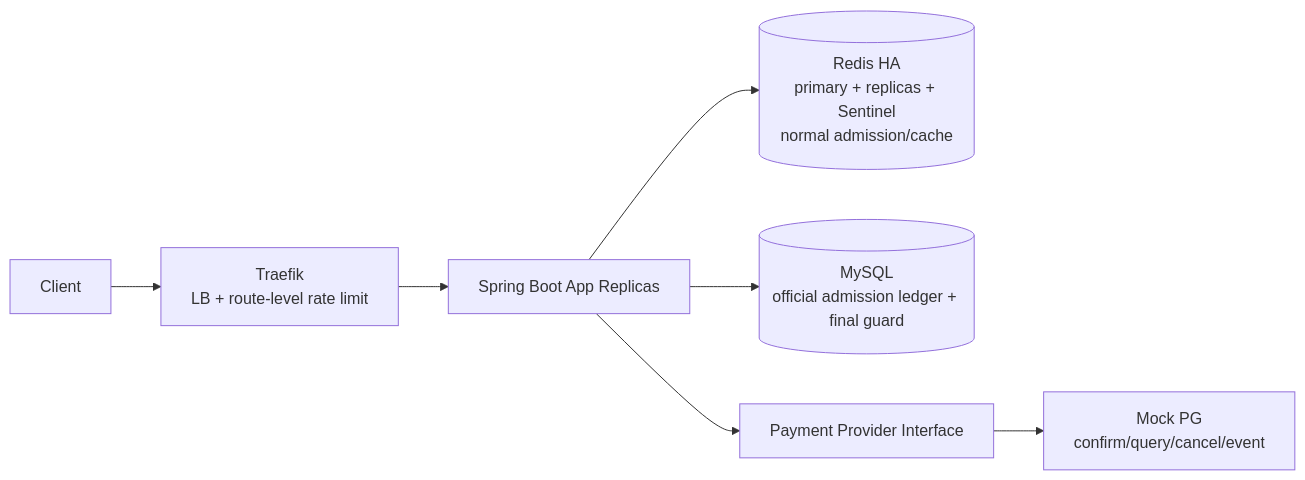
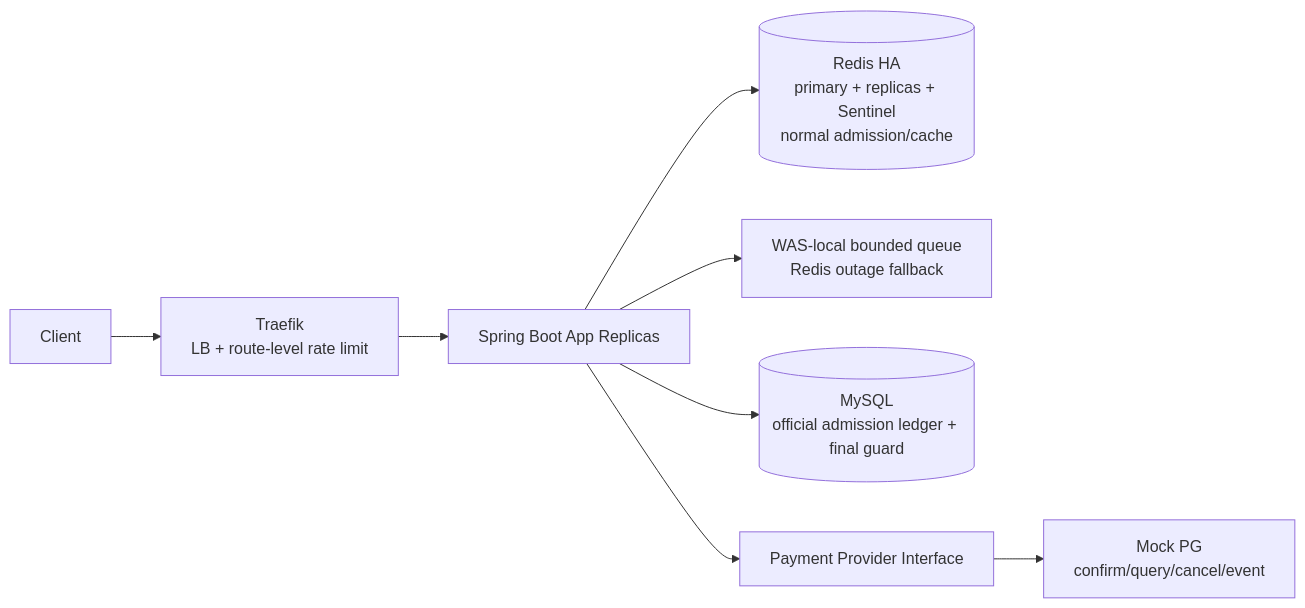
Before and after one commit to lsh1215/peak-booking-system: the first of 5 diagrams in docs/system-design/sdd.md, drawn with Mermaid. The commit also changed other lines of this file and 44 other files, not shown here.

First line of the commit message:
feat: add local queue fallback for Redis outages

````diff
--- a/docs/system-design/sdd.md
+++ b/docs/system-design/sdd.md
@@ -74,9 +75,10 @@
 ```mermaid
 flowchart LR
     Client[Client] --> LB[Traefik<br/>LB + route-level rate limit]
     LB --> App[Spring Boot App Replicas]
     App --> Redis[(Redis HA<br/>primary + replicas + Sentinel<br/>normal admission/cache)]
+    App --> LocalQ[WAS-local bounded queue<br/>Redis outage fallback]
     App --> RDB[(MySQL<br/>official admission ledger + final guard)]
     App --> PaymentPort[Payment Provider Interface]
     PaymentPort --> StubPG[Mock PG<br/>confirm/query/cancel/event]
 ```
````
